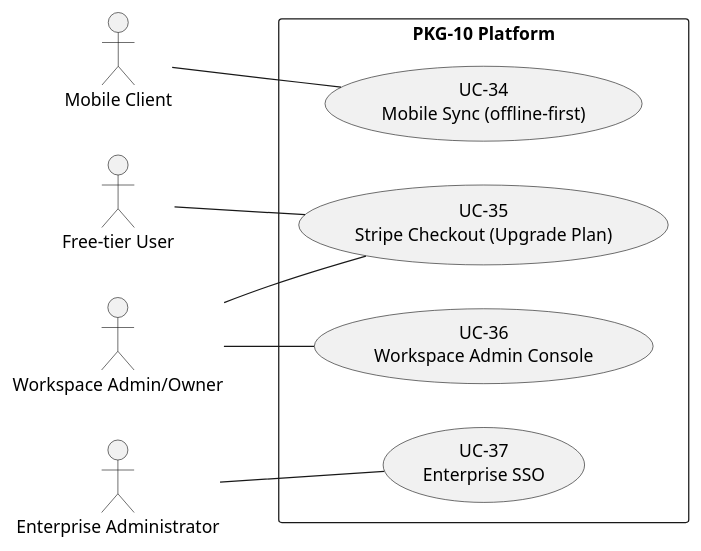
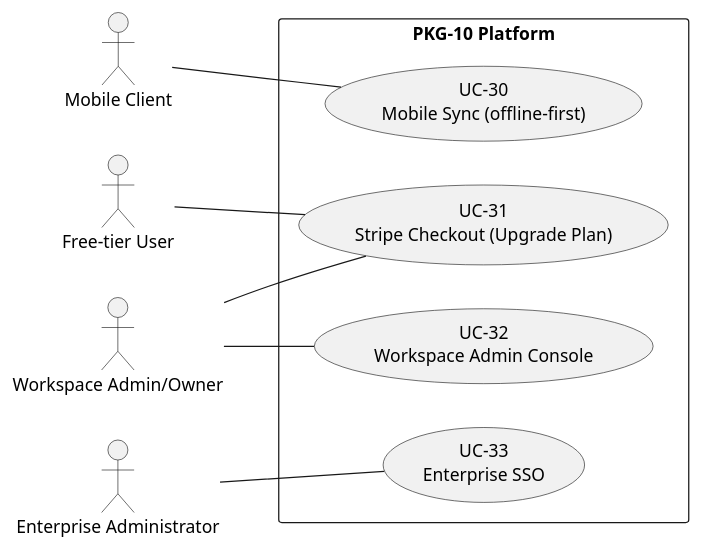
One commit to pauloribeiro16/Methodology_compact changed the fifth of 11 diagrams in 02_CASES/Case_01_TinyTask_SaaS/03_PHASE3_DECOMPOSITION_RICH/annexes/A_Use_Case_Diagrams.md. Above: the diagram before and after it, drawn with PlantUML. The commit also changed other lines of this file and 23 other files, not shown here.

Commit message:
[EXECUTOR] F3 ledger-zero C1: 4 borderline re-laned (UC-07/11/12/16 → PROC-18..21, P7) + compact renumber (36 UCs: compliance 01..13, product 14..36); Doc20 v3.4 + Doc32 v1.3 (4 SSDF cards + articulation) + annexes/SVGs; gates green (verify_rich exit 0, mermaid 196/196, smoke 16/16)

````diff
--- a/02_CASES/Case_01_TinyTask_SaaS/03_PHASE3_DECOMPOSITION_RICH/annexes/A_Use_Case_Diagrams.md
+++ b/02_CASES/Case_01_TinyTask_SaaS/03_PHASE3_DECOMPOSITION_RICH/annexes/A_Use_Case_Diagrams.md
@@ -201,20 +201,20 @@
 ```plantuml
 @startuml
 left to right direction
 actor "Mobile Client" as MOB
 actor "Free-tier User" as FU
 actor "Workspace Admin/Owner" as ADM
 actor "Enterprise Administrator" as ENT
 rectangle "PKG-10 Platform" {
-usecase "UC-34\nMobile Sync (offline-first)" as UC1011
-usecase "UC-35\nStripe Checkout (Upgrade Plan)" as UC1021
-usecase "UC-36\nWorkspace Admin Console" as UC1031
-usecase "UC-37\nEnterprise SSO" as UC1032
+usecase "UC-30\nMobile Sync (offline-first)" as UC1011
+usecase "UC-31\nStripe Checkout (Upgrade Plan)" as UC1021
+usecase "UC-32\nWorkspace Admin Console" as UC1031
+usecase "UC-33\nEnterprise SSO" as UC1032
 }
 MOB -- UC1011
 FU -- UC1021
 ADM -- UC1021
 ADM -- UC1031
 ENT -- UC1032
 @enduml
 ```
````
